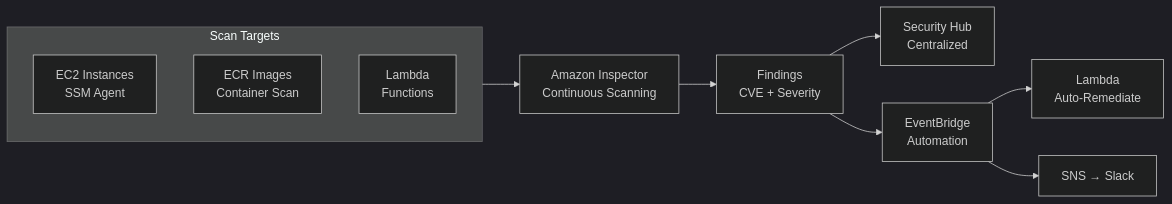
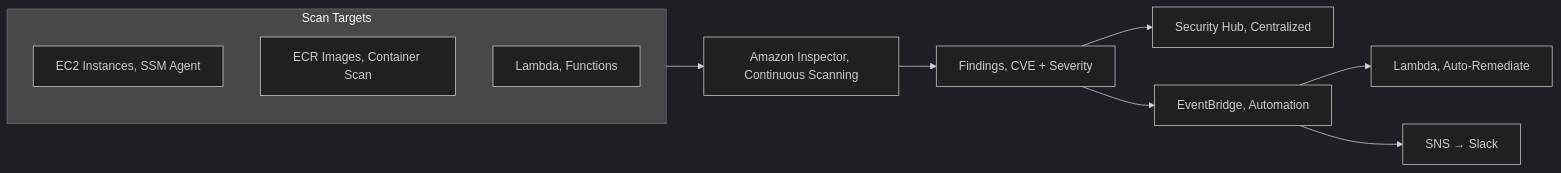
Before and after one commit to DeeptiShuklaProject/Uday_AWS: the diagram in Chapter_44_Amazon_Inspector.md, drawn with Mermaid (dark theme). The commit also changed 34 other files, not shown here.

Commit message:
Fix mermaid diagrams syntax across all chapters (quote labels and remove HTML)

````diff
--- a/Chapter_44_Amazon_Inspector.md
+++ b/Chapter_44_Amazon_Inspector.md
@@ -89,16 +89,16 @@
 ```mermaid
 flowchart LR
     subgraph Sources["Scan Targets"]
-        EC2[EC2 Instances<br>SSM Agent]
-        ECR[ECR Images<br>Container Scan]
-        Lambda[Lambda<br>Functions]
+        EC2["EC2 Instances, SSM Agent"]
+        ECR["ECR Images, Container Scan"]
+        Lambda["Lambda, Functions"]
     end
     
-    Inspector[Amazon Inspector<br>Continuous Scanning] --> Findings[Findings<br>CVE + Severity]
+    Inspector["Amazon Inspector, Continuous Scanning"] --> Findings["Findings, CVE + Severity"]
     Sources --> Inspector
     
-    Findings --> SecHub[Security Hub<br>Centralized]
-    Findings --> EB[EventBridge<br>Automation]
-    EB --> Lambda_Fix[Lambda<br>Auto-Remediate]
+    Findings --> SecHub["Security Hub, Centralized"]
+    Findings --> EB["EventBridge, Automation"]
+    EB --> Lambda_Fix["Lambda, Auto-Remediate"]
     EB --> SNS_Alert[SNS → Slack]
 ```
````
